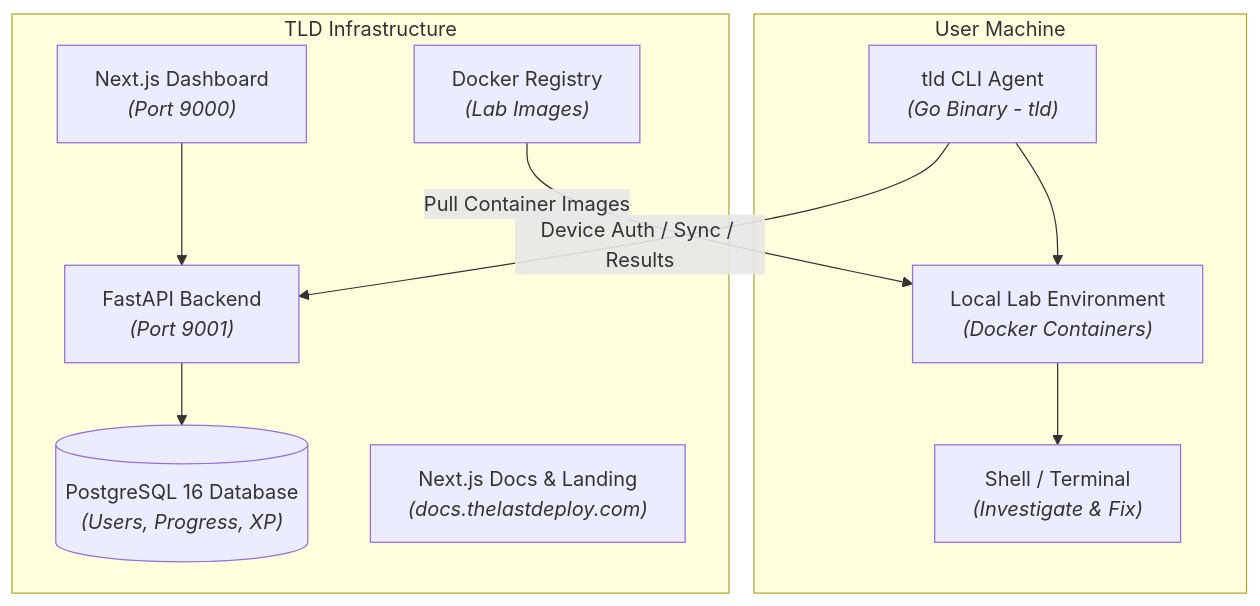
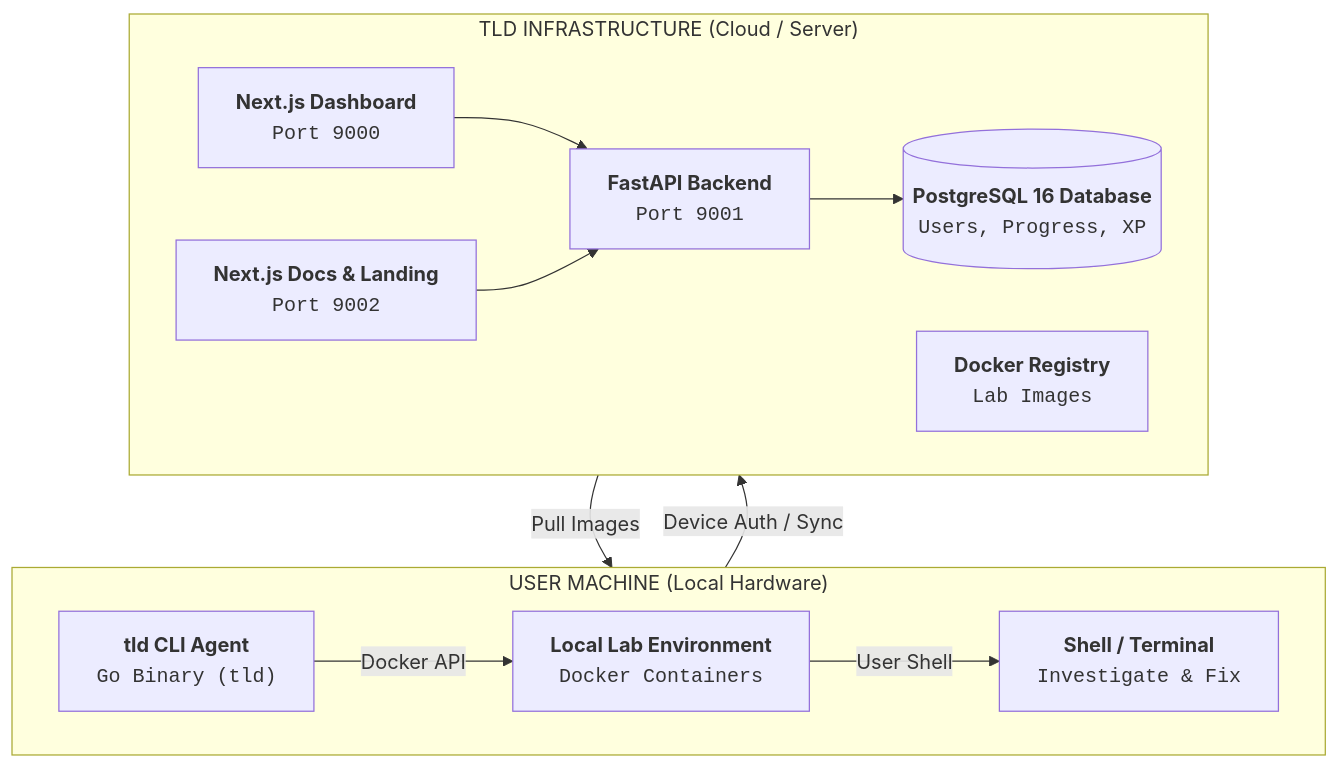
Before and after one commit to thelastdeploy/thelastdeploy: the diagram in landing/docs/architecture/overview.md, drawn with Mermaid. The commit also changed 2 other files, not shown here.

Commit message:
fix(docs): resolve mermaid syntax errors, add error fallback & enhance topology diagram styling

````diff
--- a/landing/docs/architecture/overview.md
+++ b/landing/docs/architecture/overview.md
@@ -11,24 +11,28 @@
 ```mermaid
-graph TD
-    subgraph User Machine
-        CLI["tld CLI Agent<br/><i>(Go Binary - tld)</i>"]
-        LAB["Local Lab Environment<br/><i>(Docker Containers)</i>"]
-        TERM["Shell / Terminal<br/><i>(Investigate & Fix)</i>"]
-        CLI --> LAB
-        LAB --> TERM
+graph TB
+    subgraph UM["USER MACHINE (Local Hardware)"]
+        direction LR
+        CLI["<b>tld CLI Agent</b><br/><code>Go Binary (tld)</code>"]
+        LAB["<b>Local Lab Environment</b><br/><code>Docker Containers</code>"]
+        TERM["<b>Shell / Terminal</b><br/><code>Investigate & Fix</code>"]
+
+        CLI -->|Docker API| LAB
+        LAB -->|User Shell| TERM
     end
 
-    subgraph TLD Infrastructure
-        API["FastAPI Backend<br/><i>(Port 9001)</i>"]
-        DB[("PostgreSQL 16 Database<br/><i>(Users, Progress, XP)</i>")]
-        REG["Docker Registry<br/><i>(Lab Images)</i>"]
-        DASH["Next.js Dashboard<br/><i>(Port 9000)</i>"]
-        DOCS["Next.js Docs & Landing<br/><i>(docs.thelastdeploy.com)</i>"]
+    subgraph INFRA["TLD INFRASTRUCTURE (Cloud / Server)"]
+        direction LR
+        API["<b>FastAPI Backend</b><br/><code>Port 9001</code>"]
+        DB[("<b>PostgreSQL 16 Database</b><br/><code>Users, Progress, XP</code>")]
+        REG["<b>Docker Registry</b><br/><code>Lab Images</code>"]
+        DASH["<b>Next.js Dashboard</b><br/><code>Port 9000</code>"]
+        DOCS["<b>Next.js Docs & Landing</b><br/><code>Port 9002</code>"]
 
+        DASH --> API
         API --> DB
-        DASH --> API
+        DOCS --> API
     end
 
-    CLI -- Device Auth / Sync / Results --> API
-    REG -- Pull Container Images --> LAB
+    CLI -->|Device Auth / Sync| API
+    REG -->|Pull Images| LAB
 ```
````
